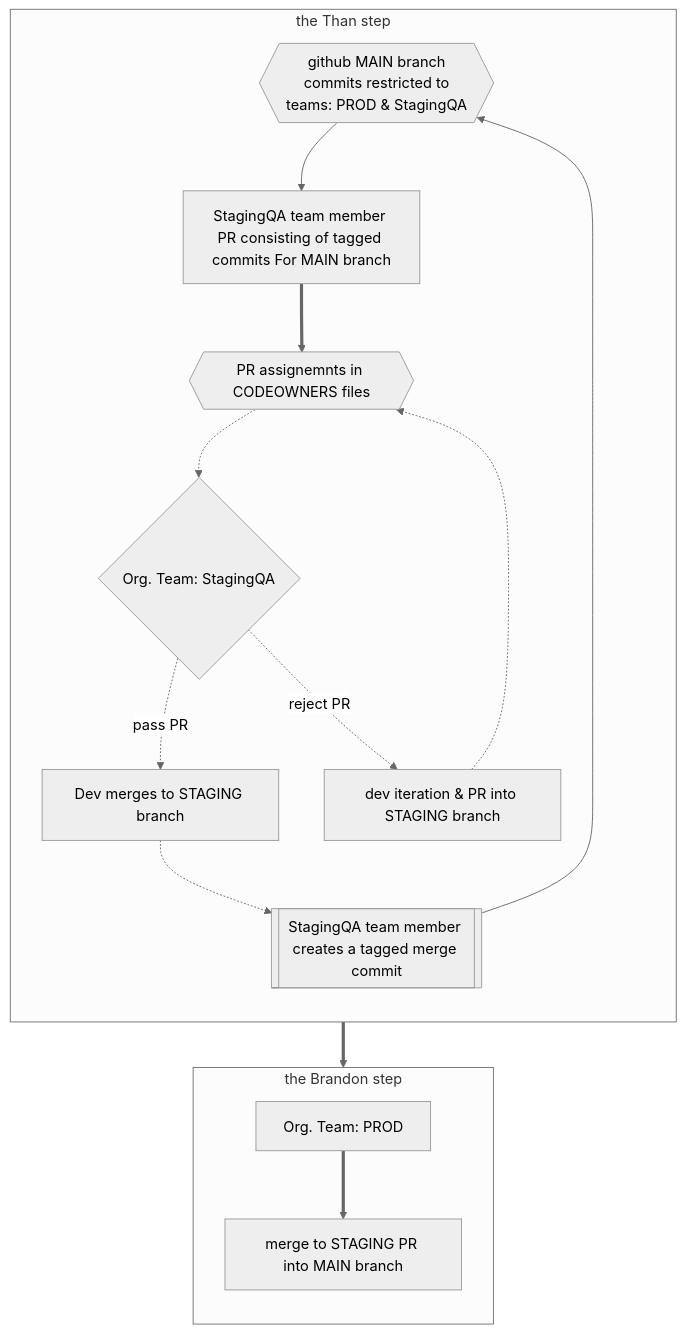
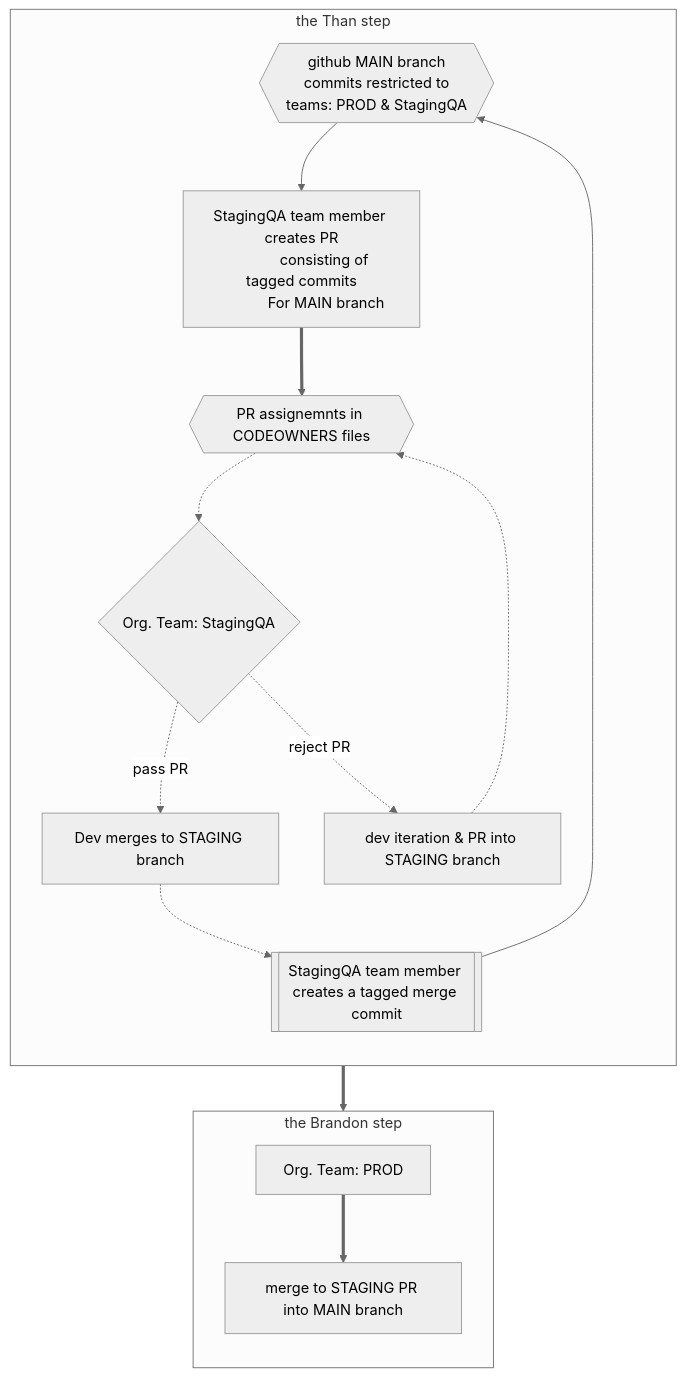
One commit to test123432234/test-config changed the diagram in README.md. Above: the diagram before and after it, drawn with Mermaid (neutral theme).

````diff
--- a/README.md
+++ b/README.md
@@ -16,23 +16,26 @@
 ```mermaid
 flowchart TB
       branchGating{{"github MAIN branch
             commits restricted to
             teams: PROD & StagingQA"}}
       coFile{{"PR assignemnts in CODEOWNERS files"}}
       devItr["dev iteration & PR into STAGING branch"] -.->  coFile -.-> prQATeam
       devDone["Dev merges to STAGING branch"]
   
   subgraph PROD["the Brandon step"]
       direction TB
       prPRODTeam["Org. Team: PROD"] ==>  prodDone["merge to STAGING PR into MAIN branch"] 
   end
   
   subgraph STAGING["the Than step"]
       direction TB
       prQATeam{"Org. Team: StagingQA"} -. "pass PR" .-> devDone
       prQATeam -. "reject PR" .-> devItr
       devDone -.-> prQATask[["StagingQA team member creates a tagged merge commit"]] --> branchGating
-      branchGating --> prQADone["StagingQA team member PR consisting of tagged commits For MAIN branch"] ==> coFile ==> prPRODTeam
+      branchGating --> prQADone ==> coFile ==> prPRODTeam
+      prQADone["StagingQA team member creates PR
+            consisting of tagged commits
+            For MAIN branch"] 
   end
 
 ```
````
